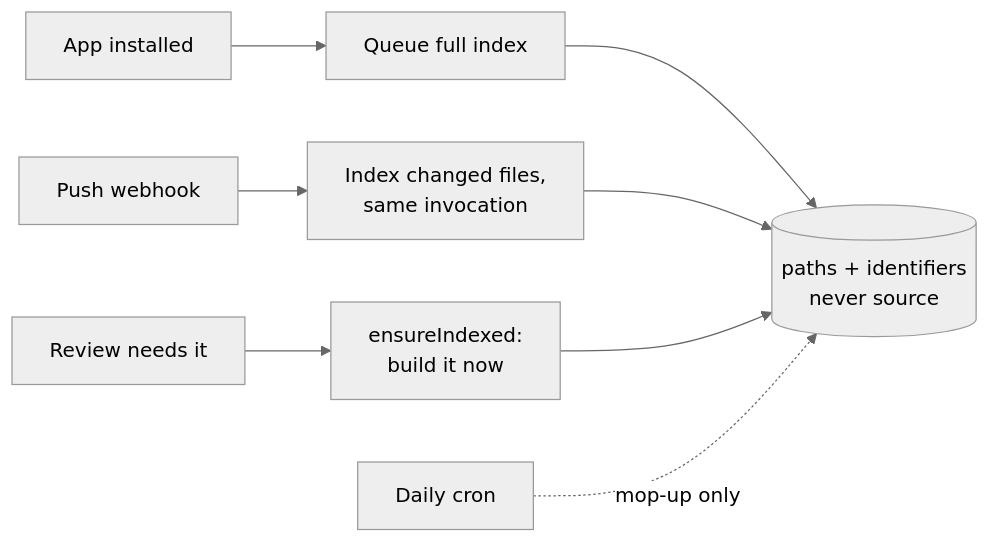
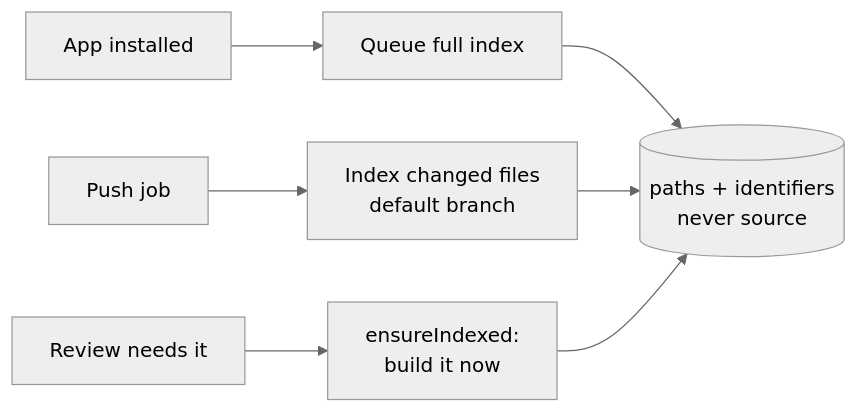
Before and after one commit to saadiqayyum/Pushguard: the fifth of 5 diagrams in README.md, drawn with Mermaid (neutral theme). The commit also changed other lines of this file and 685 other files, not shown here.

````diff
--- a/README.md
+++ b/README.md
@@ -170,10 +170,9 @@
 ```mermaid
 flowchart LR
   install[App installed] --> queue[Queue full index]
-  pushw[Push webhook] --> inc["Index changed files,<br/>same invocation"]
+  pushw[Push job] --> inc["Index changed files<br/>default branch"]
   review[Review needs it] --> ensure["ensureIndexed:<br/>build it now"]
   queue --> store[("paths + identifiers<br/>never source")]
   inc --> store
   ensure --> store
-  cron[Daily cron] -. mop-up only .-> store
 ```
````
